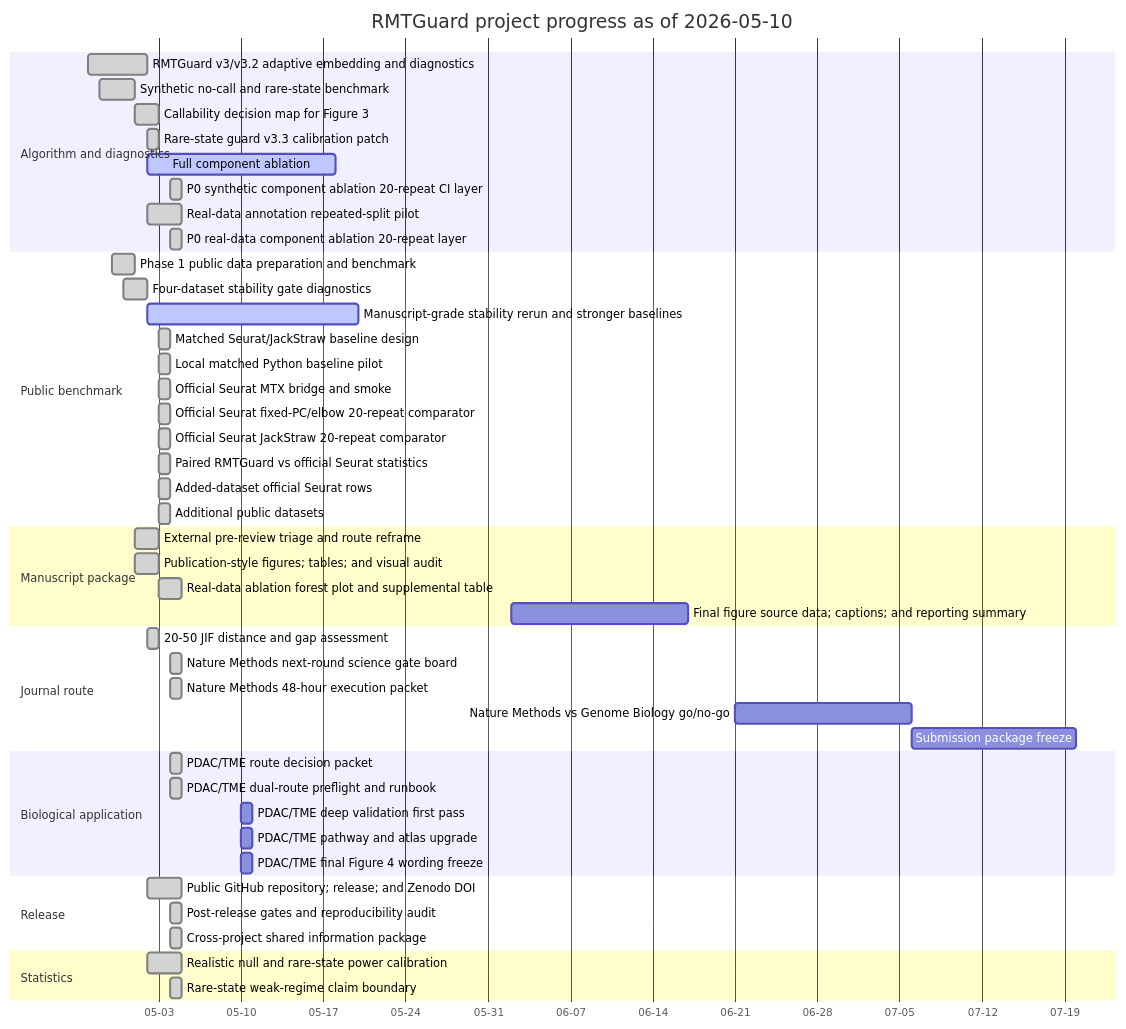
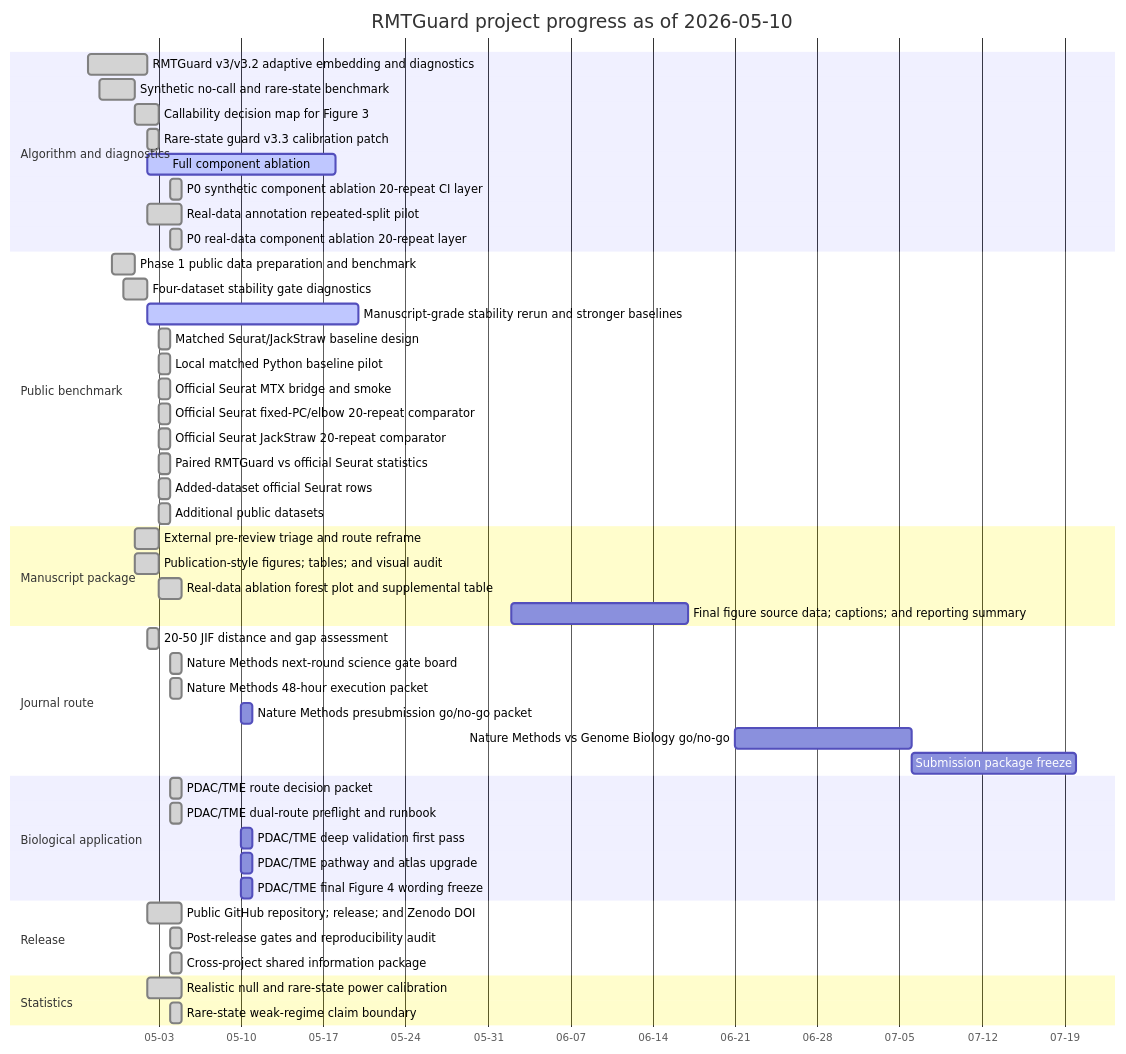
One commit to healthgreat/rmtguard changed the diagram in results/project_management/rmtguard_project_gantt.md. Above: the diagram before and after it, drawn with Mermaid. The commit also changed other lines of this file and 17 other files, not shown here.

Commit message:
Add Nature Methods go-no-go control packet

````diff
--- a/results/project_management/rmtguard_project_gantt.md
+++ b/results/project_management/rmtguard_project_gantt.md
@@ -13,51 +13,52 @@
 ```mermaid
 gantt
     title RMTGuard project progress as of 2026-05-10
     dateFormat  YYYY-MM-DD
     axisFormat  %m-%d
     section Algorithm and diagnostics
     RMTGuard v3/v3.2 adaptive embedding and diagnostics :done, T01, 2026-04-27, 5d
     Synthetic no-call and rare-state benchmark :done, T02, 2026-04-28, 3d
     Callability decision map for Figure 3 :done, T03, 2026-05-01, 2d
     Rare-state guard v3.3 calibration patch :done, T04, 2026-05-02, 1d
     Full component ablation :active, T18, 2026-05-02, 16d
     P0 synthetic component ablation 20-repeat CI layer :done, T19, 2026-05-04, 1d
     Real-data annotation repeated-split pilot :done, T20, 2026-05-02, 3d
     P0 real-data component ablation 20-repeat layer :done, T21, 2026-05-04, 1d
     section Public benchmark
     Phase 1 public data preparation and benchmark :done, T05, 2026-04-29, 2d
     Four-dataset stability gate diagnostics :done, T06, 2026-04-30, 2d
     Manuscript-grade stability rerun and stronger baselines :active, T17, 2026-05-02, 18d
     Matched Seurat/JackStraw baseline design :done, T23, 2026-05-03, 1d
     Local matched Python baseline pilot :done, T24, 2026-05-03, 1d
     Official Seurat MTX bridge and smoke :done, T25, 2026-05-03, 1d
     Official Seurat fixed-PC/elbow 20-repeat comparator :done, T26, 2026-05-03, 1d
     Official Seurat JackStraw 20-repeat comparator :done, T27, 2026-05-03, 1d
     Paired RMTGuard vs official Seurat statistics :done, T28, 2026-05-03, 1d
     Added-dataset official Seurat rows :done, T29, 2026-05-03, 1d
     Additional public datasets :done, T33, 2026-05-03, 1d
     section Manuscript package
     External pre-review triage and route reframe :done, T07, 2026-05-01, 2d
     Publication-style figures; tables; and visual audit :done, T08, 2026-05-01, 2d
     Real-data ablation forest plot and supplemental table :done, T22, 2026-05-03, 2d
     Final figure source data; captions; and reporting summary :T34, 2026-06-02, 15d
     section Journal route
     20-50 JIF distance and gap assessment :done, T09, 2026-05-02, 1d
     Nature Methods next-round science gate board :done, T10, 2026-05-04, 1d
     Nature Methods 48-hour execution packet :done, T11, 2026-05-04, 1d
-    Nature Methods vs Genome Biology go/no-go :T37, 2026-06-21, 15d
-    Submission package freeze :T38, 2026-07-06, 14d
+    Nature Methods presubmission go/no-go packet :T37, 2026-05-10, 1d
+    Nature Methods vs Genome Biology go/no-go :T38, 2026-06-21, 15d
+    Submission package freeze :T39, 2026-07-06, 14d
     section Biological application
     PDAC/TME route decision packet :done, T12, 2026-05-04, 1d
     PDAC/TME dual-route preflight and runbook :done, T13, 2026-05-04, 1d
     PDAC/TME deep validation first pass :T30, 2026-05-10, 1d
     PDAC/TME pathway and atlas upgrade :T31, 2026-05-10, 1d
     PDAC/TME final Figure 4 wording freeze :T32, 2026-05-10, 1d
     section Release
     Public GitHub repository; release; and Zenodo DOI :done, T14, 2026-05-02, 3d
     Post-release gates and reproducibility audit :done, T35, 2026-05-04, 1d
     Cross-project shared information package :done, T36, 2026-05-04, 1d
     section Statistics
     Realistic null and rare-state power calibration :done, T15, 2026-05-02, 3d
     Rare-state weak-regime claim boundary :done, T16, 2026-05-04, 1d
 ```
````
